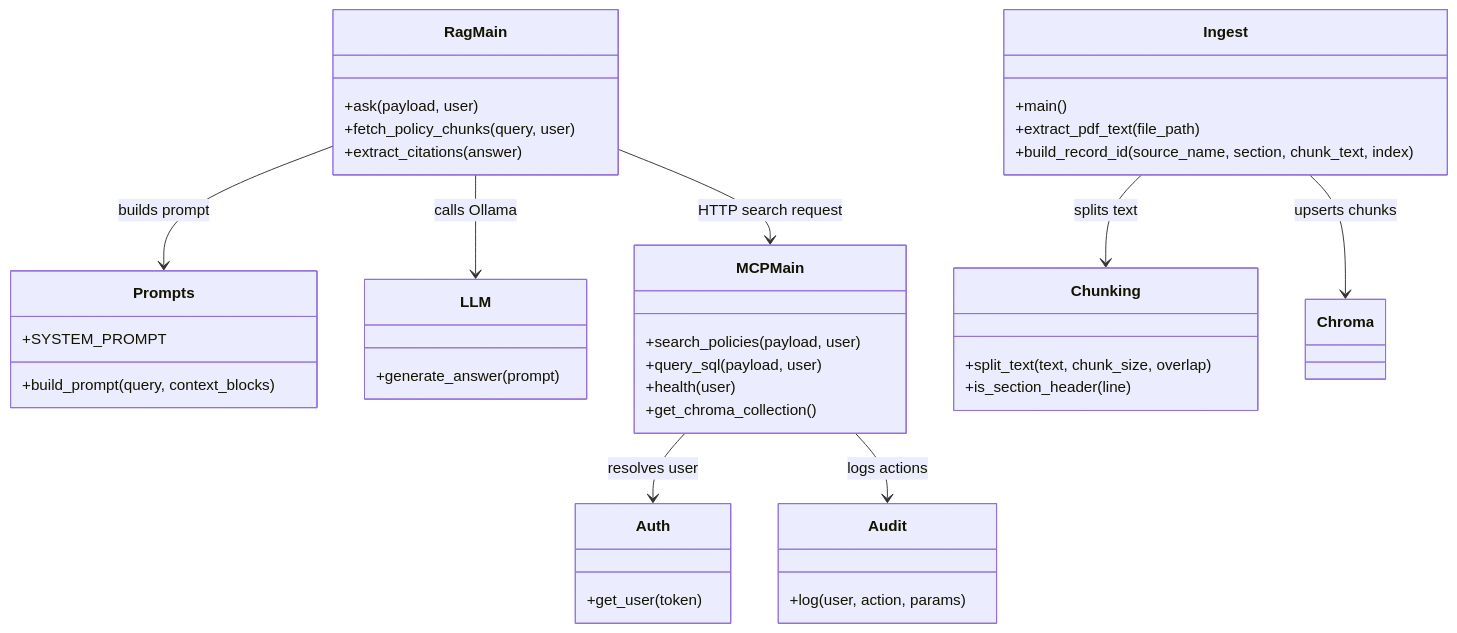
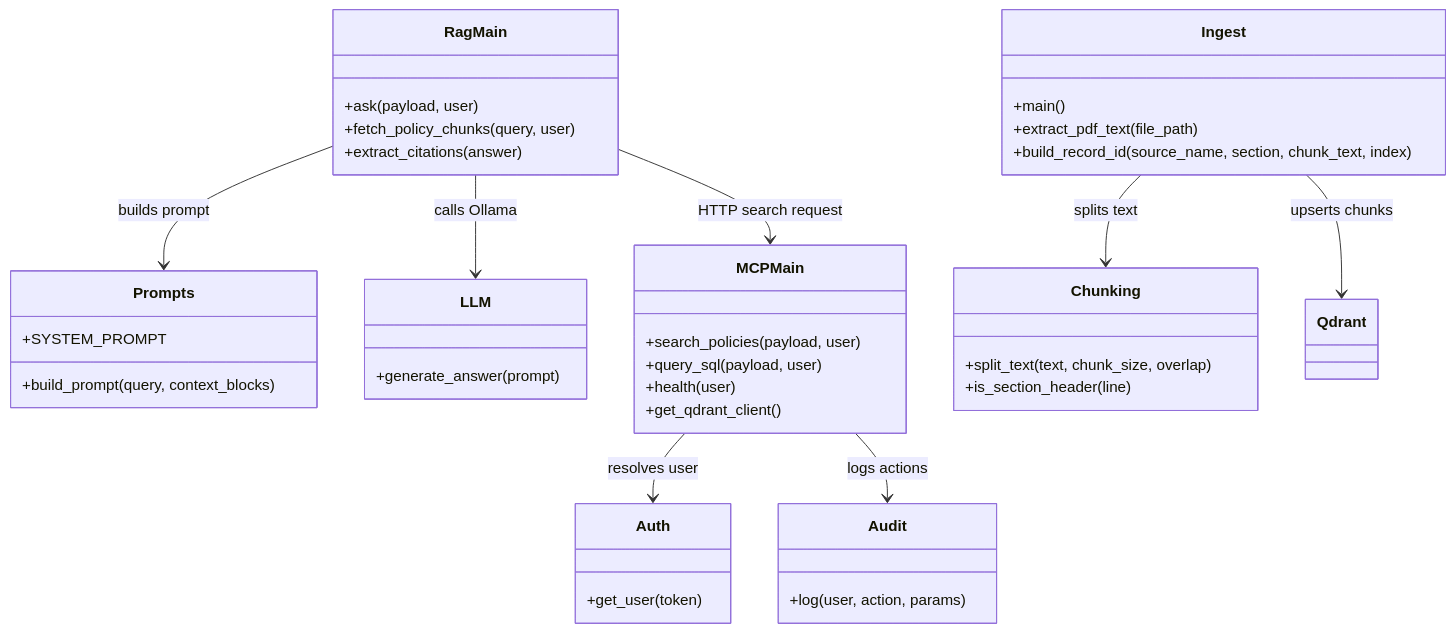
The third of 8 diagrams in docs/ARCHITECTURE.md (nprasann/state-policy-rag-starter), drawn with Mermaid before and after one commit. The commit also changed other lines of this file and 20 other files, not shown here.

````diff
--- a/docs/ARCHITECTURE.md
+++ b/docs/ARCHITECTURE.md
@@ -145,51 +145,51 @@
 ```mermaid
 classDiagram
     class RagMain {
       +ask(payload, user)
       +fetch_policy_chunks(query, user)
       +extract_citations(answer)
     }
 
     class Prompts {
       +SYSTEM_PROMPT
       +build_prompt(query, context_blocks)
     }
 
     class LLM {
       +generate_answer(prompt)
     }
 
     class MCPMain {
       +search_policies(payload, user)
       +query_sql(payload, user)
       +health(user)
-      +get_chroma_collection()
+      +get_qdrant_client()
     }
 
     class Auth {
       +get_user(token)
     }
 
     class Audit {
       +log(user, action, params)
     }
 
     class Ingest {
       +main()
       +extract_pdf_text(file_path)
       +build_record_id(source_name, section, chunk_text, index)
     }
 
     class Chunking {
       +split_text(text, chunk_size, overlap)
       +is_section_header(line)
     }
 
     RagMain --> Prompts : builds prompt
     RagMain --> LLM : calls Ollama
     RagMain --> MCPMain : HTTP search request
     MCPMain --> Auth : resolves user
     MCPMain --> Audit : logs actions
     Ingest --> Chunking : splits text
-    Ingest --> Chroma : upserts chunks
+    Ingest --> Qdrant : upserts chunks
 ```
````
